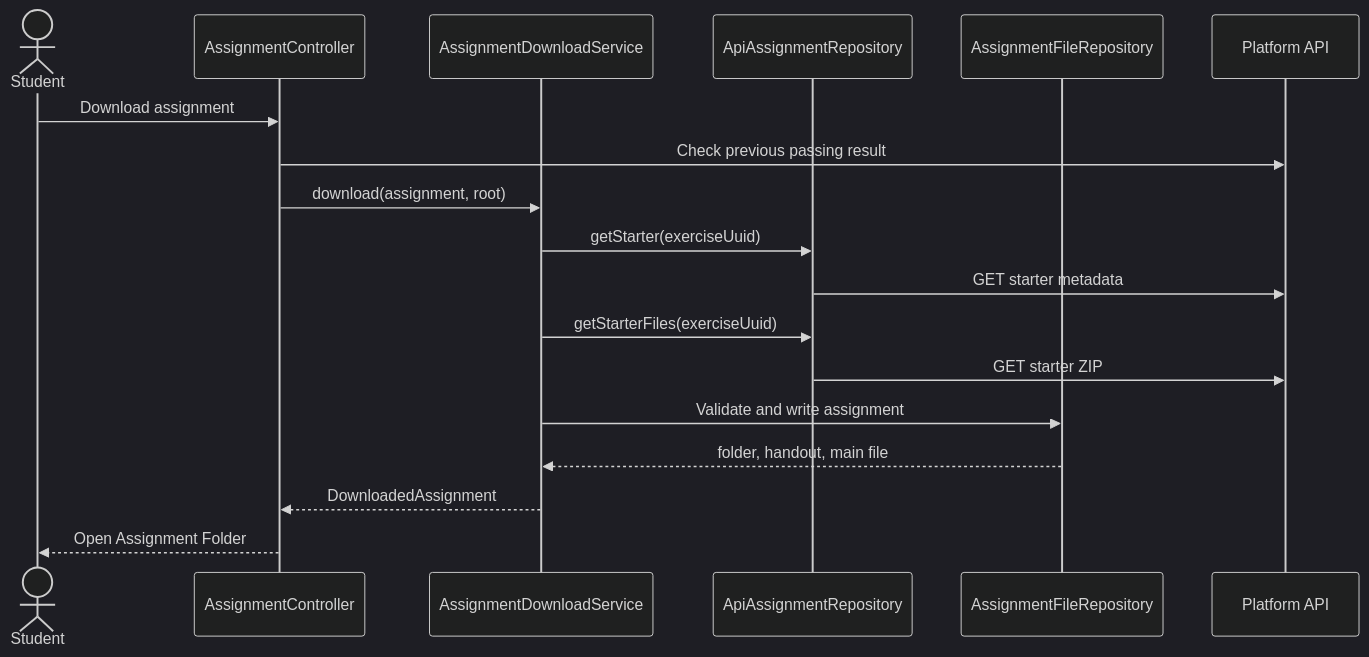
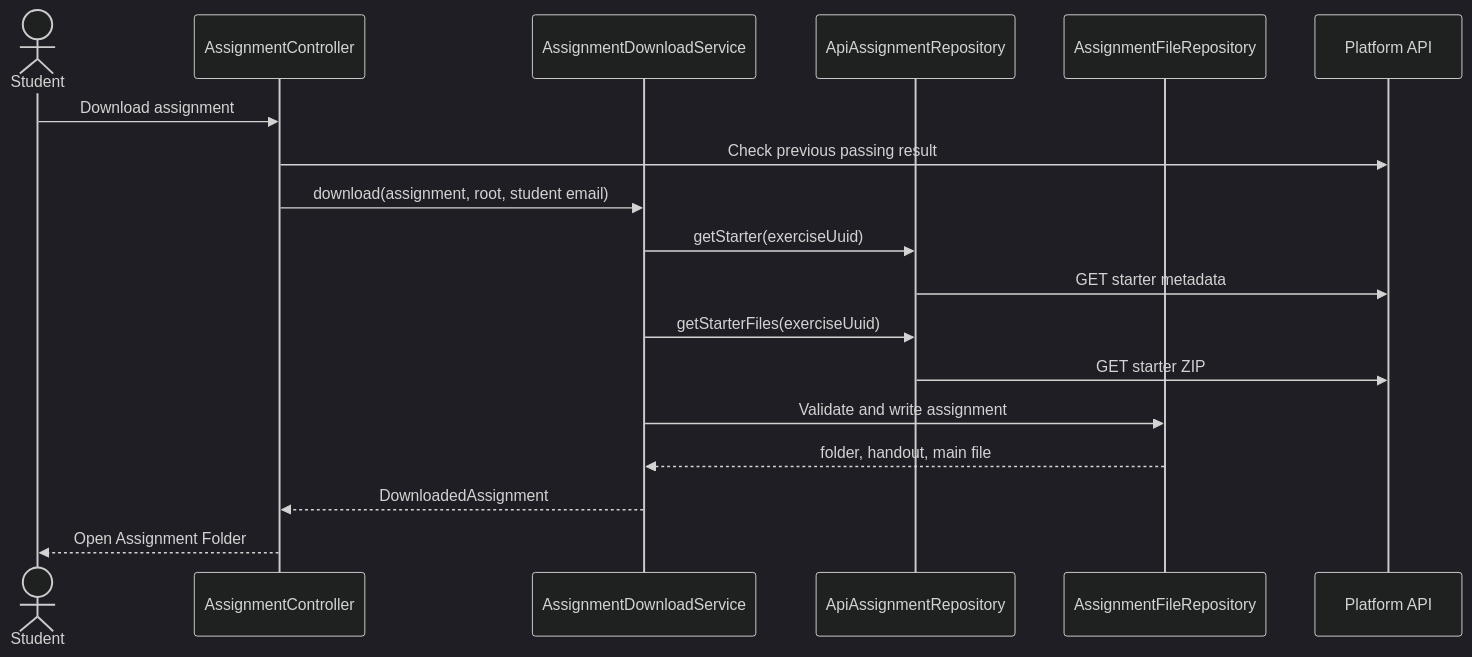
One commit to aalto-opencs/opencs-ide-plugin changed the fourth of 5 diagrams in docs/developer-guide.md. Above: the diagram before and after it, drawn with Mermaid (dark theme). The commit also changed other lines of this file and 17 other files, not shown here.

First line of the commit message:
Change assignment download folder hierarchy

````diff
--- a/docs/developer-guide.md
+++ b/docs/developer-guide.md
@@ -521,21 +521,21 @@
 ```mermaid
 sequenceDiagram
     actor Student
     participant Controller as AssignmentController
     participant Service as AssignmentDownloadService
     participant Repo as ApiAssignmentRepository
     participant Files as AssignmentFileRepository
     participant API as Platform API
 
     Student->>Controller: Download assignment
     Controller->>API: Check previous passing result
-    Controller->>Service: download(assignment, root)
+    Controller->>Service: download(assignment, root, student email)
     Service->>Repo: getStarter(exerciseUuid)
     Repo->>API: GET starter metadata
     Service->>Repo: getStarterFiles(exerciseUuid)
     Repo->>API: GET starter ZIP
     Service->>Files: Validate and write assignment
     Files-->>Service: folder, handout, main file
     Service-->>Controller: DownloadedAssignment
     Controller-->>Student: Open Assignment Folder
 ```
````
